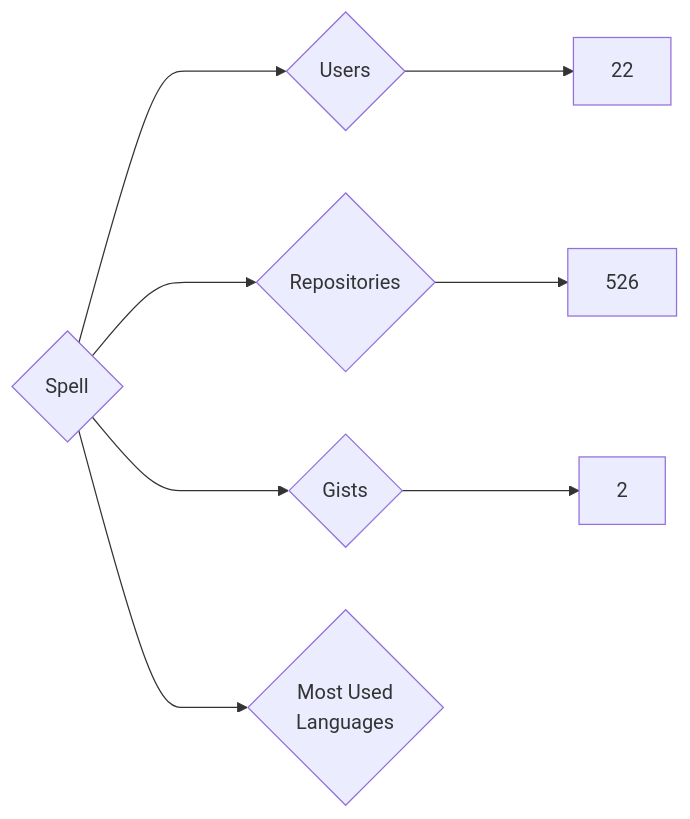
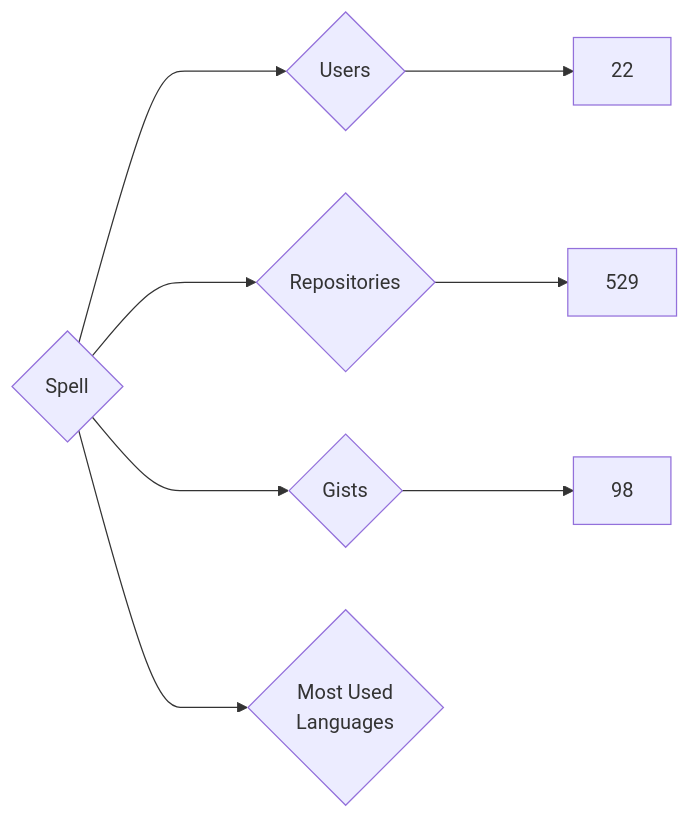
One commit to nenadzaric/insiders changed the diagram in targets/Spell/README.md. Above: the diagram before and after it, drawn with Mermaid. The commit also changed 1342 other files, not shown here.

````diff
--- a/targets/Spell/README.md
+++ b/targets/Spell/README.md
@@ -3,8 +3,8 @@
 ```mermaid
 graph LR
 COMPANY_NAME{Spell}
 COMPANY_NAME ---> U{Users} ---> UN[22]
-COMPANY_NAME ---> R{Repositories} ---> RN[526]
-COMPANY_NAME ---> G{Gists} ---> GN[2]
+COMPANY_NAME ---> R{Repositories} ---> RN[529]
+COMPANY_NAME ---> G{Gists} ---> GN[98]
 COMPANY_NAME ---> ML{Most Used<br>Languages}
 ```
````
